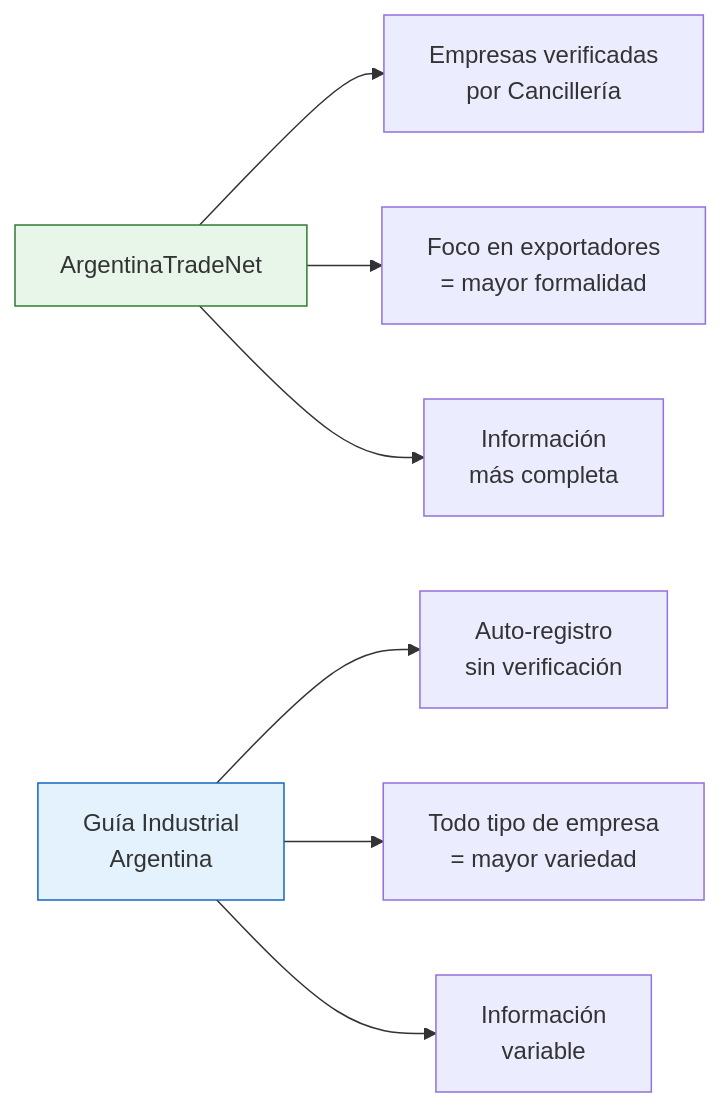
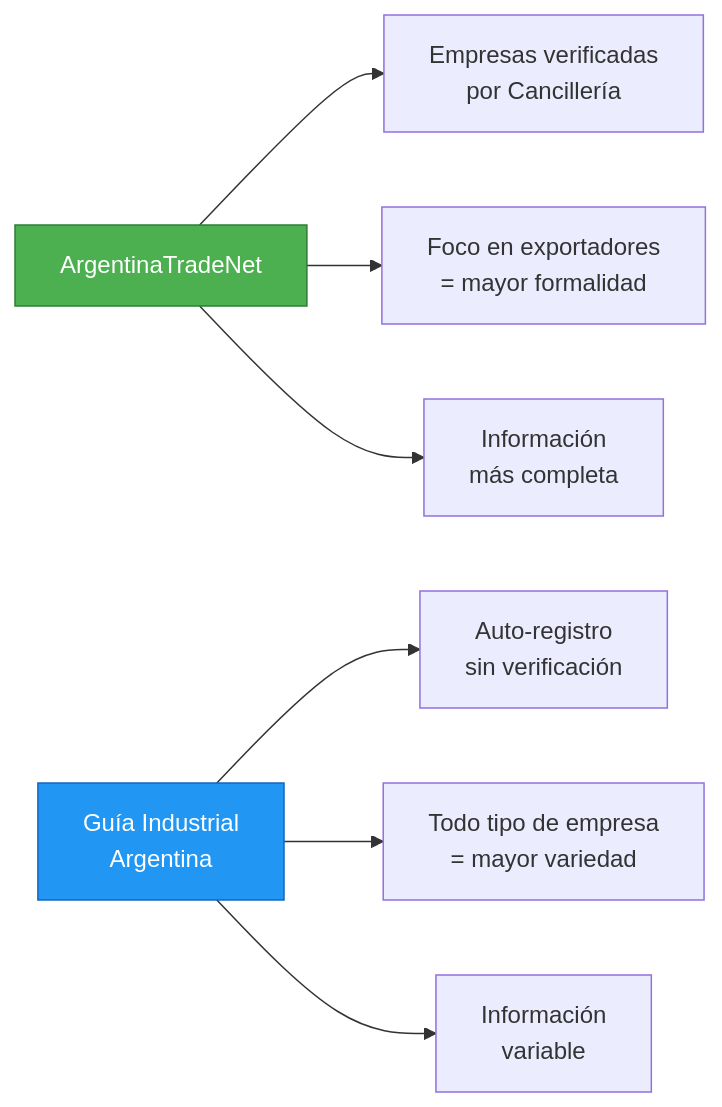
Before and after one commit to barrosignacioezequiel-coder/docs: the diagram in app/paso1-argentina/encontrar-fabricas/argentina-tradenet.mdx, drawn with Mermaid. The commit also changed 66 other files, not shown here.

First line of the commit message:
fix: resolve Mermaid v11 numbered list errors + improve contrast

````diff
--- a/app/paso1-argentina/encontrar-fabricas/argentina-tradenet.mdx
+++ b/app/paso1-argentina/encontrar-fabricas/argentina-tradenet.mdx
@@ -58,13 +58,13 @@
 ```mermaid
 graph LR
     A["ArgentinaTradeNet"] --> B["Empresas verificadas<br/>por Cancillería"]
     A --> C["Foco en exportadores<br/>= mayor formalidad"]
     A --> D["Información<br/>más completa"]
 
     E["Guía Industrial<br/>Argentina"] --> F["Auto-registro<br/>sin verificación"]
     E --> G["Todo tipo de empresa<br/>= mayor variedad"]
     E --> H["Información<br/>variable"]
 
-    style A fill:#e8f5e9,stroke:#2e7d32
-    style E fill:#e3f2fd,stroke:#1565c0
+    style A fill:#4caf50,stroke:#2e7d32,color:#fff
+    style E fill:#2196f3,stroke:#1565c0,color:#fff
 ```
````
